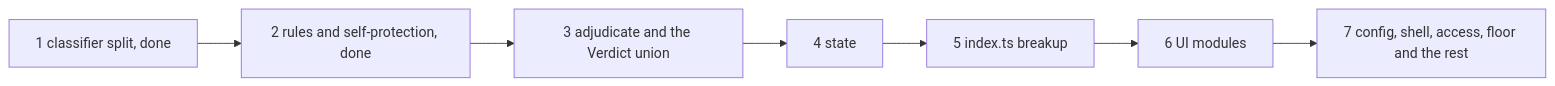
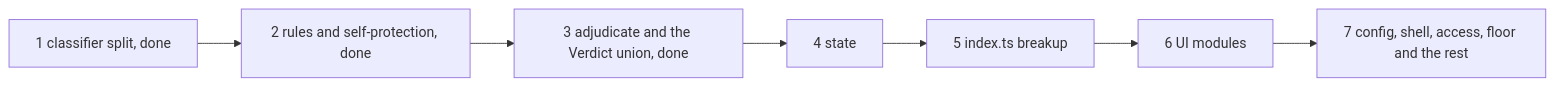
One commit to jonatsu/pi-verdict changed the diagram in docs/plans/simplify-and-comments.md. Above: the diagram before and after it, drawn with Mermaid. The commit also changed other lines of this file, not shown here.

First line of the commit message:
docs(plan): mark the adjudicate slice done

````diff
--- a/docs/plans/simplify-and-comments.md
+++ b/docs/plans/simplify-and-comments.md
@@ -23,9 +24,9 @@
 ```mermaid
 flowchart LR
   S1[1 classifier split, done] --> S2[2 rules and self-protection, done]
-  S2 --> S3[3 adjudicate and the Verdict union]
+  S2 --> S3[3 adjudicate and the Verdict union, done]
   S3 --> S4[4 state]
   S4 --> S5[5 index.ts breakup]
   S5 --> S6[6 UI modules]
   S6 --> S7[7 config, shell, access, floor and the rest]
 ```
````
